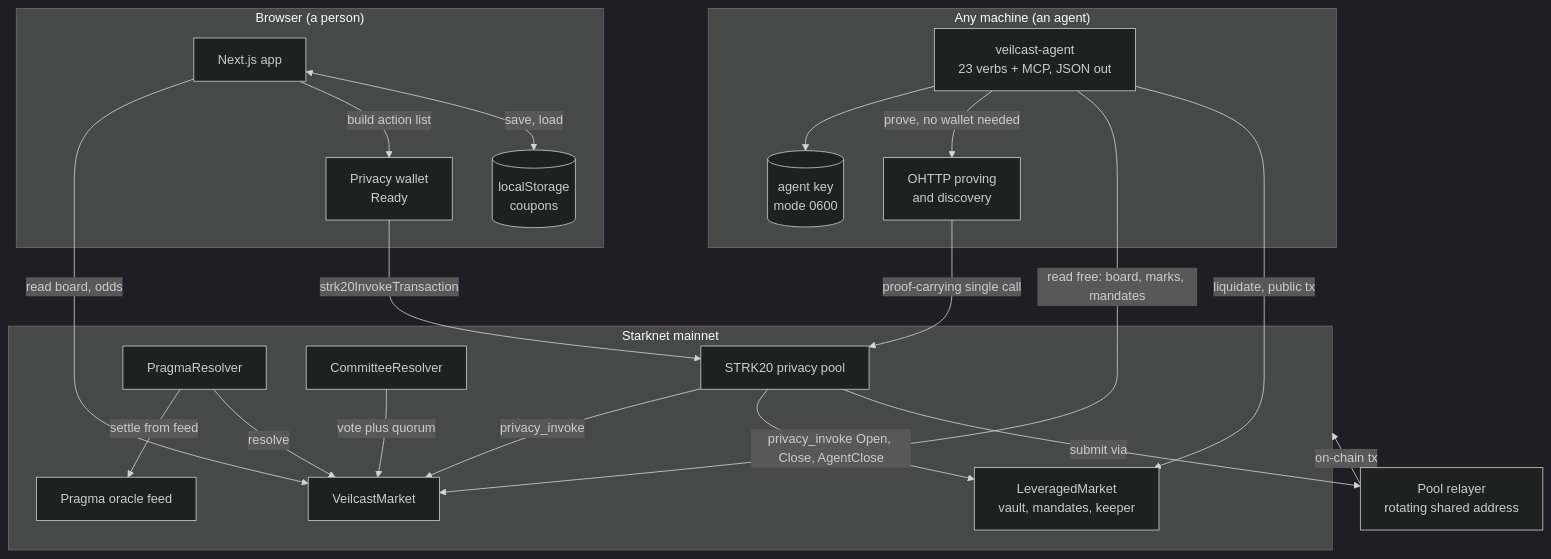
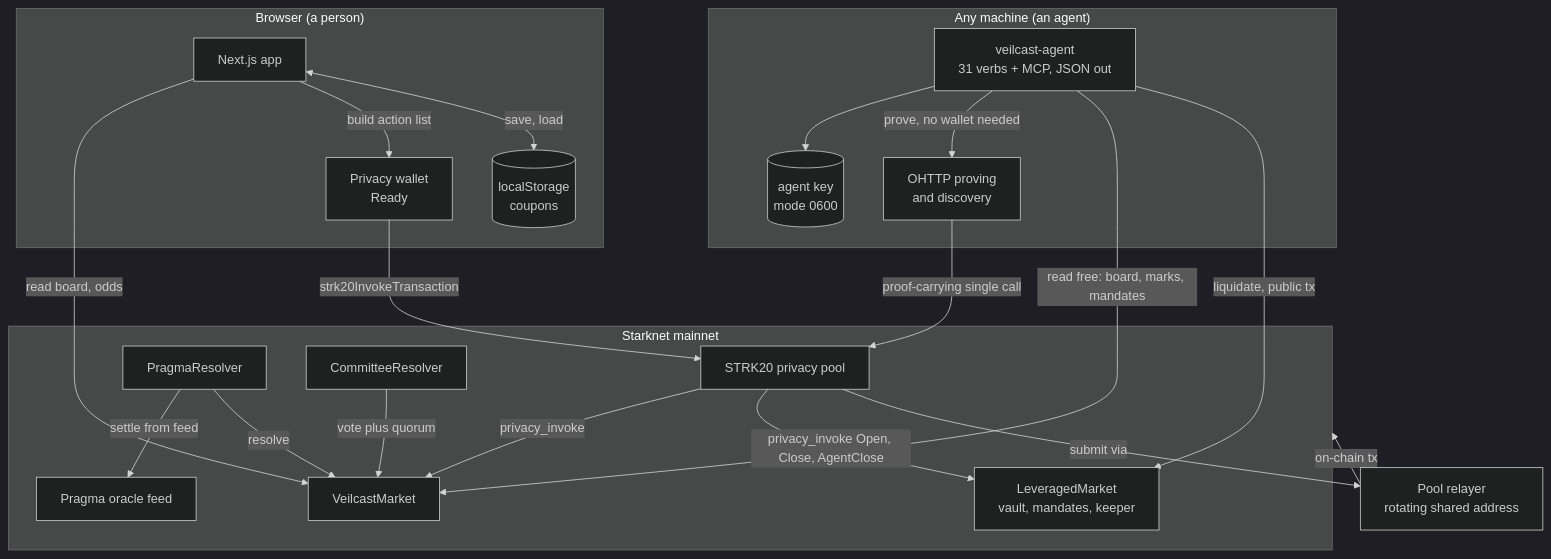
One commit to zkasuran/veilcast changed the first of 5 diagrams in ARCHITECTURE.md. Above: the diagram before and after it, drawn with Mermaid (dark theme). The commit also changed 12 other files, not shown here.

````diff
--- a/ARCHITECTURE.md
+++ b/ARCHITECTURE.md
@@ -14,42 +14,42 @@
 ```mermaid
 graph TB
     subgraph Browser["Browser (a person)"]
         App[Next.js app]
         Coupons[(localStorage<br/>coupons)]
         Wallet[Privacy wallet<br/>Ready]
     end
 
     subgraph Agent["Any machine (an agent)"]
-        CLI[veilcast-agent<br/>23 verbs + MCP, JSON out]
+        CLI[veilcast-agent<br/>31 verbs + MCP, JSON out]
         AgentKey[(agent key<br/>mode 0600)]
         OHTTP[OHTTP proving<br/>and discovery]
     end
 
     subgraph Starknet["Starknet mainnet"]
         Pool[STRK20 privacy pool]
         Market[VeilcastMarket]
         Lev[LeveragedMarket<br/>vault, mandates, keeper]
         Pragma[PragmaResolver]
         Committee[CommitteeResolver]
         Oracle[Pragma oracle feed]
     end
 
     Relayer[Pool relayer<br/>rotating shared address]
 
     App -->|read board, odds| Market
     App -->|build action list| Wallet
     Wallet -->|strk20InvokeTransaction| Pool
     CLI --> AgentKey
     CLI -->|prove, no wallet needed| OHTTP
     OHTTP -->|proof-carrying single call| Pool
     CLI -->|read free: board, marks, mandates| Market
     CLI -->|liquidate, public tx| Lev
     Pool -->|privacy_invoke| Market
     Pool -->|privacy_invoke Open, Close, AgentClose| Lev
     Pool -->|submit via| Relayer
     Relayer -->|on-chain tx| Starknet
     Pragma -->|settle from feed| Oracle
     Pragma -->|resolve| Market
     Committee -->|vote plus quorum| Market
     App <-->|save, load| Coupons
 ```
````
